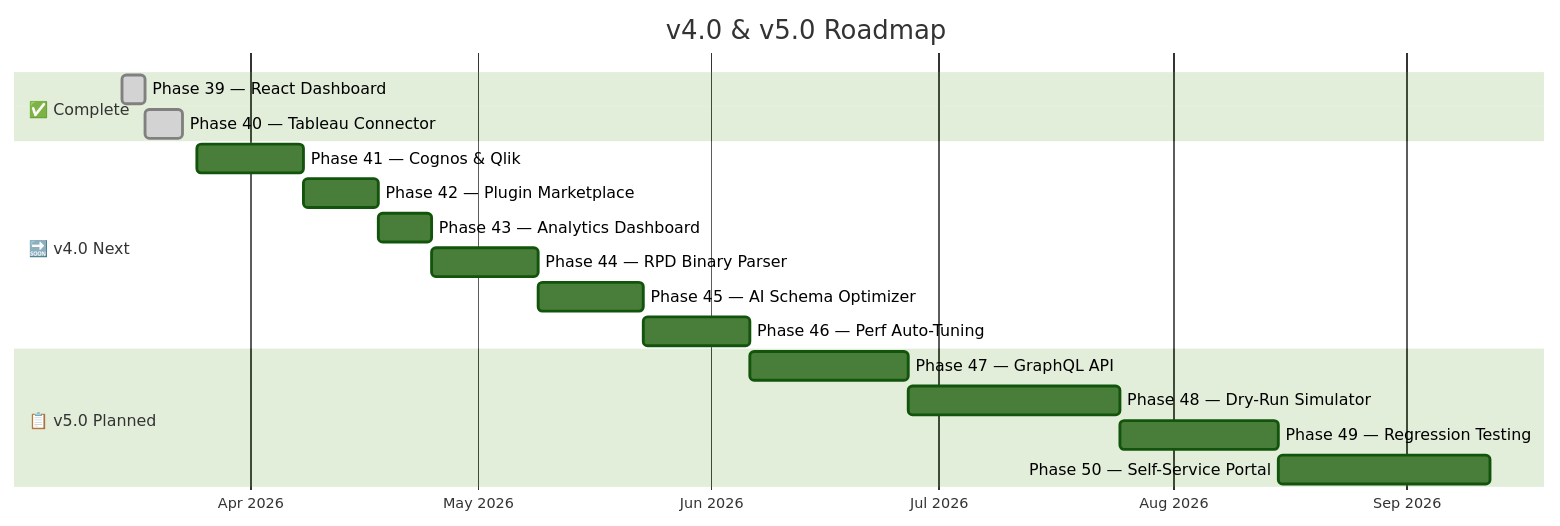
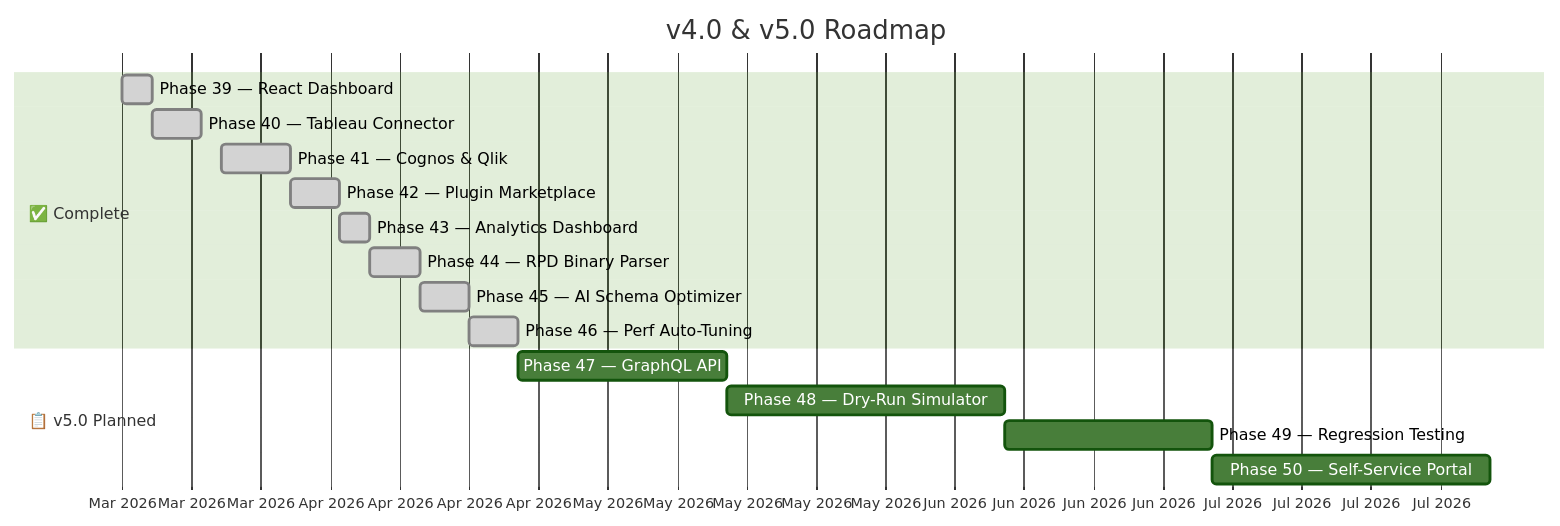
The ninth of 9 diagrams in README.md (cyphou/OACToFabric), drawn with Mermaid (forest theme) before and after one commit. The commit also changed other lines of this file and 22 other files, not shown here.

Commit message:
v4.0: Phases 41-46  Cognos/Qlik connectors, Plugin Marketplace, Analytics Dashboard, RPD Binary Parser, AI Schema Optimizer, Perf Auto-Tuner (2,618 tests)

````diff
--- a/README.md
+++ b/README.md
@@ -506,24 +506,22 @@
 ```mermaid
 gantt
     title v4.0 & v5.0 Roadmap
     dateFormat YYYY-MM-DD
     axisFormat %b %Y
 
     section ✅ Complete
     Phase 39 — React Dashboard       :done, p39, 2026-03-15, 3d
     Phase 40 — Tableau Connector      :done, p40, 2026-03-18, 5d
-
-    section 🔜 v4.0 Next
-    Phase 41 — Cognos & Qlik          :p41, 2026-03-25, 14d
-    Phase 42 — Plugin Marketplace     :p42, after p41, 10d
-    Phase 43 — Analytics Dashboard    :p43, after p42, 7d
-    Phase 44 — RPD Binary Parser      :p44, after p43, 14d
-    Phase 45 — AI Schema Optimizer    :p45, after p44, 14d
-    Phase 46 — Perf Auto-Tuning       :p46, after p45, 14d
+    Phase 41 — Cognos & Qlik          :done, p41, 2026-03-25, 7d
+    Phase 42 — Plugin Marketplace     :done, p42, after p41, 5d
+    Phase 43 — Analytics Dashboard    :done, p43, after p42, 3d
+    Phase 44 — RPD Binary Parser      :done, p44, after p43, 5d
+    Phase 45 — AI Schema Optimizer    :done, p45, after p44, 5d
+    Phase 46 — Perf Auto-Tuning       :done, p46, after p45, 5d
 
     section 📋 v5.0 Planned
     Phase 47 — GraphQL API            :p47, after p46, 21d
     Phase 48 — Dry-Run Simulator      :p48, after p47, 28d
     Phase 49 — Regression Testing     :p49, after p48, 21d
     Phase 50 — Self-Service Portal    :p50, after p49, 28d
 ```
````
